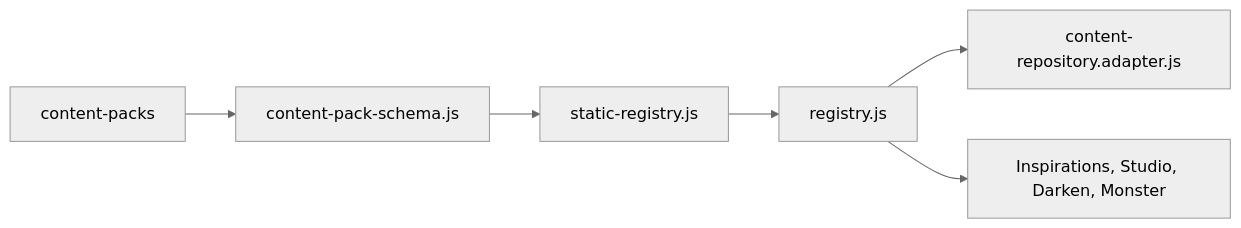
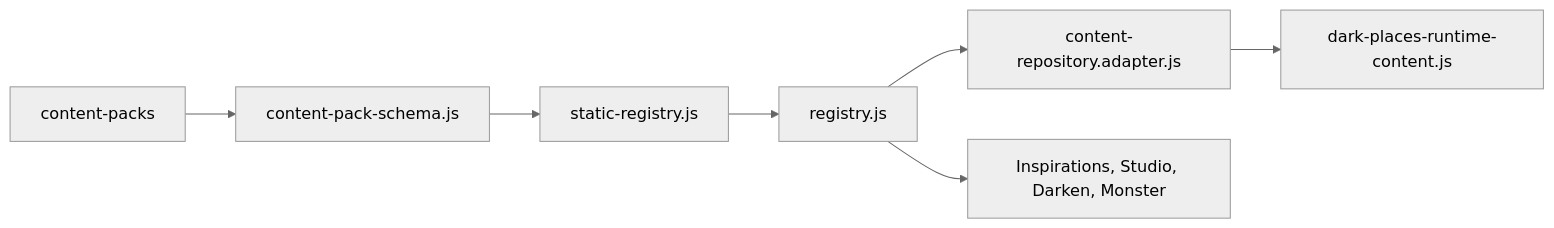
Before and after one commit to danilo-aversa/cruor-games: the diagram in docs/repository-map/areas/shared-content.md, drawn with Mermaid (neutral theme). The commit also changed other lines of this file and 70 other files, not shown here.

````diff
--- a/docs/repository-map/areas/shared-content.md
+++ b/docs/repository-map/areas/shared-content.md
@@ -9,8 +9,9 @@
 ```mermaid
 flowchart LR
   Packs[content-packs] --> Schema[content-pack-schema.js]
   Schema --> Static[static-registry.js]
   Static --> Registry[registry.js]
   Registry --> Adapter[content-repository.adapter.js]
+  Adapter --> Runtime[dark-places-runtime-content.js]
   Registry --> Features[Inspirations, Studio, Darken, Monster]
 ```
````
